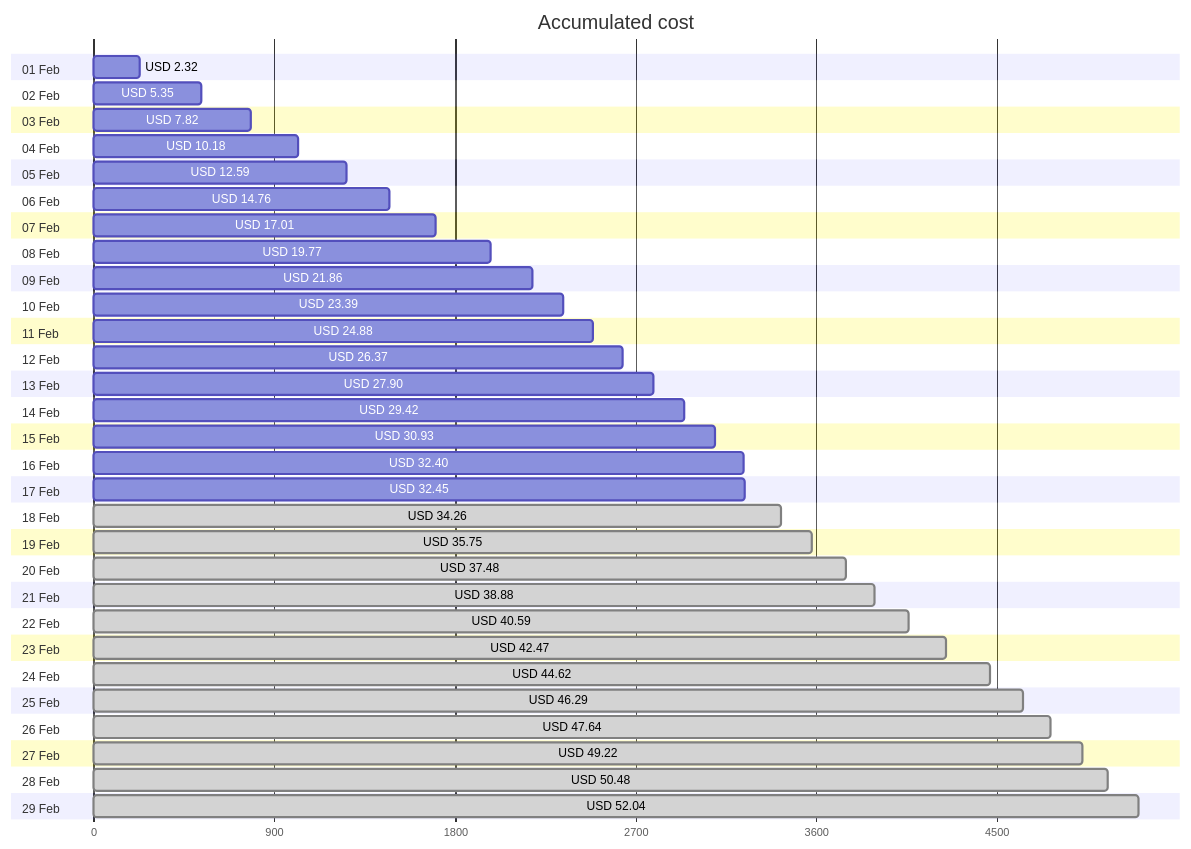
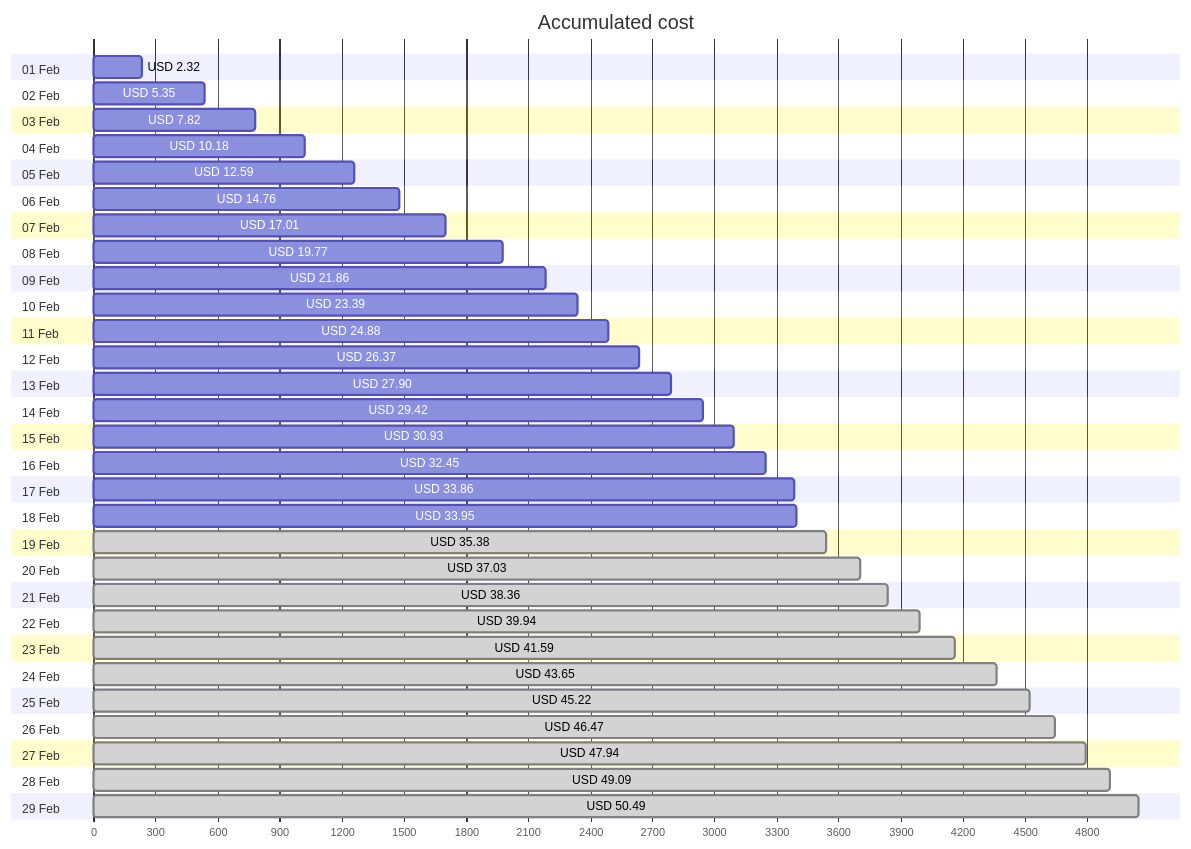
The first of 4 diagrams in cost-reports/personal-network/README.md (jpfulton/azure-personal-reports), drawn with Mermaid before and after one commit. The commit also changed other lines of this file and 8 other files, not shown here.

````diff
--- a/cost-reports/personal-network/README.md
+++ b/cost-reports/personal-network/README.md
@@ -20,64 +20,64 @@
 ```mermaid
 gantt
    title Accumulated cost
    dateFormat  X
    axisFormat %s
    section 01 Feb
    USD 2.32 :0, 232
    section 02 Feb
    USD 5.35 :0, 535
    section 03 Feb
    USD 7.82 :0, 782
    section 04 Feb
    USD 10.18 :0, 1018
    section 05 Feb
    USD 12.59 :0, 1259
    section 06 Feb
    USD 14.76 :0, 1476
    section 07 Feb
    USD 17.01 :0, 1701
    section 08 Feb
    USD 19.77 :0, 1977
    section 09 Feb
    USD 21.86 :0, 2186
    section 10 Feb
    USD 23.39 :0, 2339
    section 11 Feb
    USD 24.88 :0, 2488
    section 12 Feb
    USD 26.37 :0, 2637
    section 13 Feb
    USD 27.90 :0, 2790
    section 14 Feb
    USD 29.42 :0, 2942
    section 15 Feb
    USD 30.93 :0, 3093
    section 16 Feb
-   USD 32.40 :0, 3240
+   USD 32.45 :0, 3245
    section 17 Feb
-   USD 32.45 :0, 3245
+   USD 33.86 :0, 3386
    section 18 Feb
-   USD 34.26 : done, 0, 3426
+   USD 33.95 :0, 3395
    section 19 Feb
-   USD 35.75 : done, 0, 3575
+   USD 35.38 : done, 0, 3538
    section 20 Feb
-   USD 37.48 : done, 0, 3748
+   USD 37.03 : done, 0, 3703
    section 21 Feb
-   USD 38.88 : done, 0, 3888
+   USD 38.36 : done, 0, 3836
    section 22 Feb
-   USD 40.59 : done, 0, 4059
+   USD 39.94 : done, 0, 3994
    section 23 Feb
-   USD 42.47 : done, 0, 4247
+   USD 41.59 : done, 0, 4159
    section 24 Feb
-   USD 44.62 : done, 0, 4462
+   USD 43.65 : done, 0, 4365
    section 25 Feb
-   USD 46.29 : done, 0, 4629
+   USD 45.22 : done, 0, 4522
    section 26 Feb
-   USD 47.64 : done, 0, 4764
+   USD 46.47 : done, 0, 4647
    section 27 Feb
-   USD 49.22 : done, 0, 4922
+   USD 47.94 : done, 0, 4794
    section 28 Feb
-   USD 50.48 : done, 0, 5048
+   USD 49.09 : done, 0, 4909
    section 29 Feb
-   USD 52.04 : done, 0, 5204
+   USD 50.49 : done, 0, 5049
 ```
````
